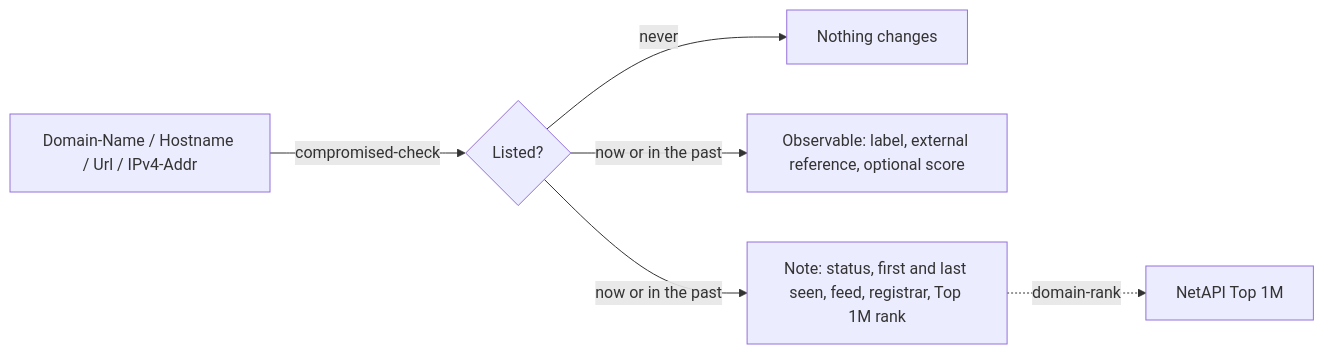
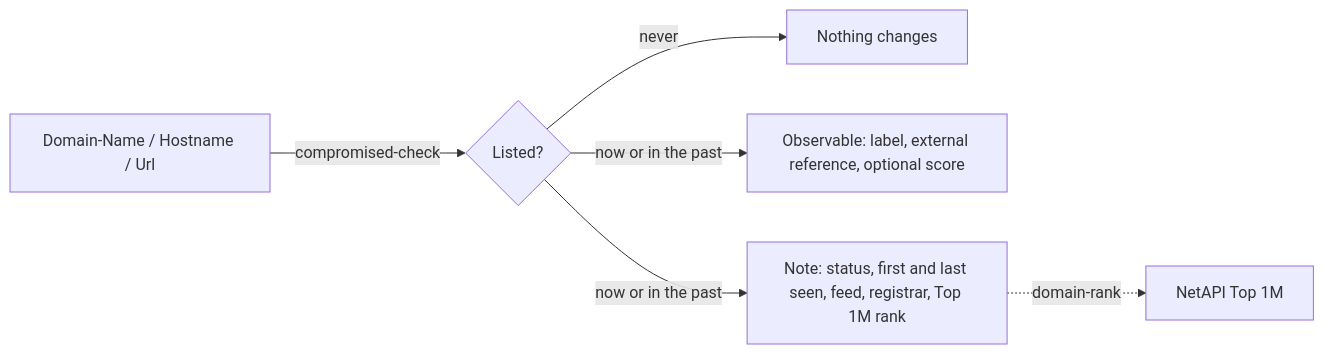
Before and after one commit to OpenCTI-Platform/connectors: the diagram in internal-enrichment/netapi/README.md, drawn with Mermaid. The commit also changed other lines of this file and 14 other files, not shown here.

Commit message:
fix(netapi): check domain names, hostnames and URLs only, drop IPv4-Addr (#8058)

````diff
--- a/internal-enrichment/netapi/README.md
+++ b/internal-enrichment/netapi/README.md
@@ -105,8 +105,8 @@
 ```mermaid
 graph LR
-    A[Domain-Name / Hostname / Url / IPv4-Addr] -->|compromised-check| B{Listed?}
+    A[Domain-Name / Hostname / Url] -->|compromised-check| B{Listed?}
     B -->|never| C[Nothing changes]
     B -->|now or in the past| D[Observable: label, external reference, optional score]
     B -->|now or in the past| E[Note: status, first and last seen, feed, registrar, Top 1M rank]
     E -.->|domain-rank| F[NetAPI Top 1M]
 ```
````
